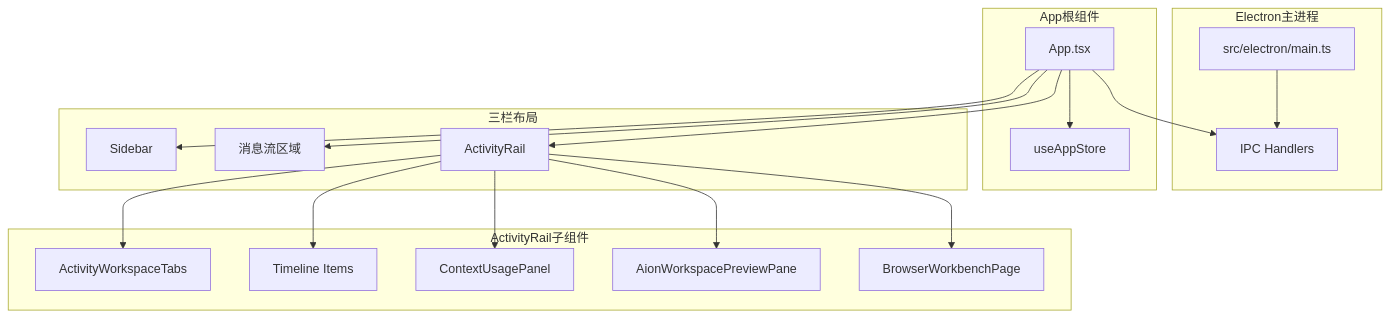
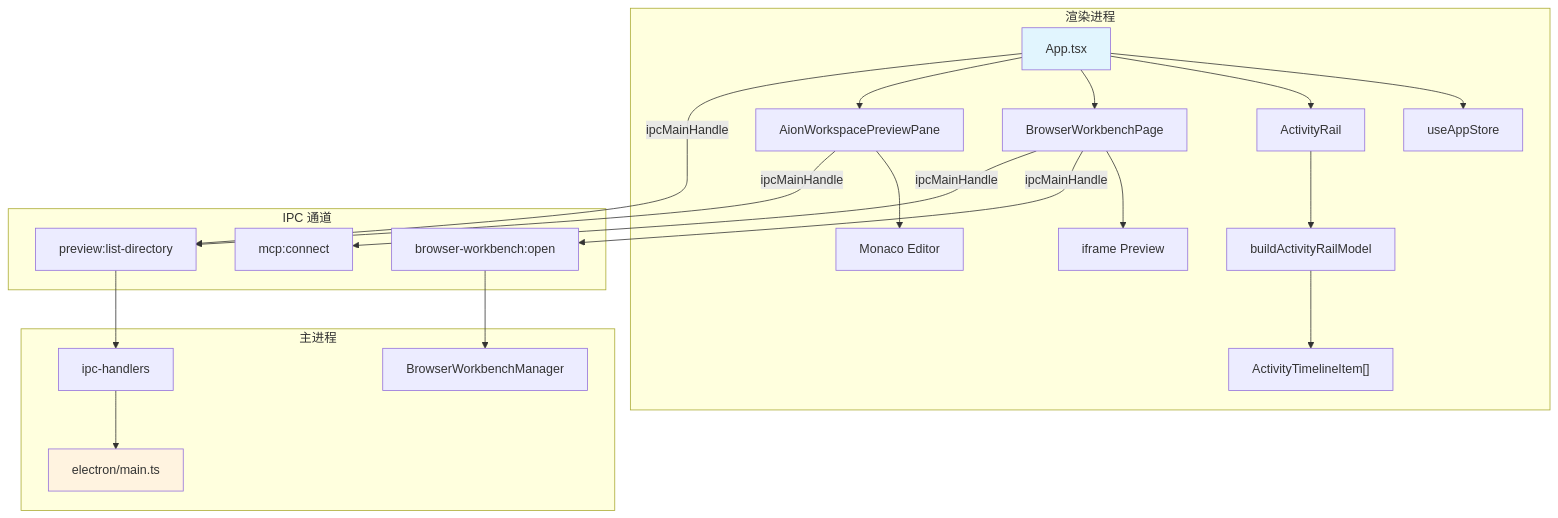
The diagram in .tech/repowiki/zh/content/核心模块规格/前端 Shell 与组件总览.md (lst016/tech-cc-hub), drawn with Mermaid before and after one commit. The commit also changed other lines of this file and 176 other files, not shown here.

````diff
--- a/.tech/repowiki/zh/content/核心模块规格/前端 Shell 与组件总览.md
+++ b/.tech/repowiki/zh/content/核心模块规格/前端 Shell 与组件总览.md
@@ -65,38 +572,36 @@
 ```mermaid
 flowchart TB
-    subgraph Electron主进程
-        MAIN[src/electron/main.ts]
-        IPC[IPC Handlers]
+    subgraph Renderer["渲染进程"]
+        A[App.tsx] --> B[useAppStore]
+        A --> C[ActivityRail]
+        A --> D[BrowserWorkbenchPage]
+        A --> E[AionWorkspacePreviewPane]
+        C --> F["buildActivityRailModel"]
+        F --> G["ActivityTimelineItem[]"]
+        D --> H[iframe Preview]
+        E --> I[Monaco Editor]
     end
 
-    subgraph App根组件
-        APP[App.tsx]
-        STORE[useAppStore]
+    subgraph IPC["IPC 通道"]
+        J["preview:list-directory"]
+        K["browser-workbench:open"]
+        L["mcp:connect"]
     end
 
-    subgraph 三栏布局
-        SIDEBAR[Sidebar]
-        CENTER[消息流区域]
-        RAIL[ActivityRail]
+    subgraph Main["主进程"]
+        M["electron/main.ts"]
+        N["BrowserWorkbenchManager"]
+        O["ipc-handlers"]
     end
 
-    subgraph ActivityRail子组件
-        TABS[ActivityWorkspaceTabs]
-        TIMELINE[Timeline Items]
-        USAGE[ContextUsagePanel]
-        PREVIEW[AionWorkspacePreviewPane]
-        BROWSER[BrowserWorkbenchPage]
-    end
+    A -->|ipcMainHandle| J
+    E -->|ipcMainHandle| J
+    D -->|ipcMainHandle| K
+    D -->|ipcMainHandle| L
+    J --> O
+    K --> N
+    O --> M
 
-    APP --> STORE
-    APP --> IPC
-    APP --> SIDEBAR
-    APP --> CENTER
-    APP --> RAIL
-    RAIL --> TABS
-    RAIL --> TIMELINE
-    RAIL --> USAGE
-    RAIL --> PREVIEW
-    RAIL --> BROWSER
-    MAIN --> IPC
+    style A fill:#e1f5fe
+    style M fill:#fff3e0
 ```
````
